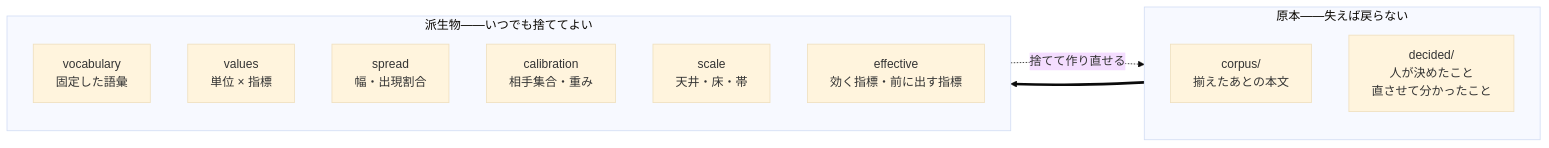
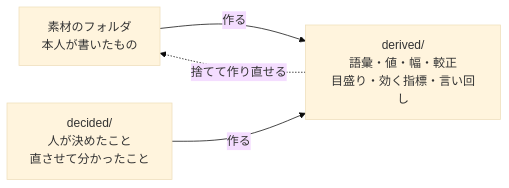
Before and after one commit to lambdalisue/kuchiyose: the diagram in docs/design/100-cassette.md, drawn with Mermaid (base theme). The commit also changed other lines of this file and 20 other files, not shown here.

````diff
--- a/docs/design/100-cassette.md
+++ b/docs/design/100-cassette.md
@@ -23,19 +23,9 @@
 ```mermaid
 flowchart LR
-    subgraph keep["原本——失えば戻らない"]
-        direction TB
-        corpus["corpus/<br/>揃えたあとの本文"]
-        decided["decided/<br/>人が決めたこと<br/>直させて分かったこと"]
-    end
-    subgraph drop["派生物——いつでも捨ててよい"]
-        direction TB
-        vocab["vocabulary<br/>固定した語彙"]
-        values["values<br/>単位 × 指標"]
-        spread["spread<br/>幅・出現割合"]
-        calib["calibration<br/>相手集合・重み"]
-        scale["scale<br/>天井・床・帯"]
-        eff["effective<br/>効く指標・前に出す指標"]
-    end
-    keep ==> drop
-    drop -. 捨てて作り直せる .-> keep
+  src["素材のフォルダ<br/>本人が書いたもの"]
+  decided["decided/<br/>人が決めたこと<br/>直させて分かったこと"]
+  derived["derived/<br/>語彙・値・幅・較正<br/>目盛り・効く指標・言い回し"]
+  src -->|"作る"| derived
+  decided -->|"作る"| derived
+  derived -.->|"捨てて作り直せる"| src
 ```
````
